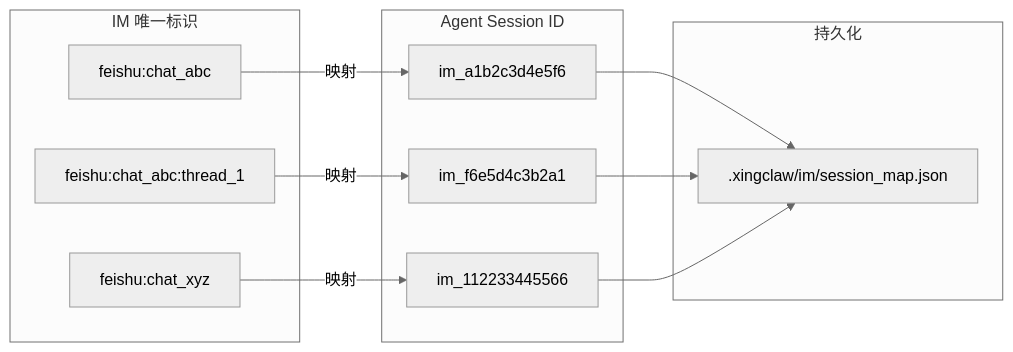
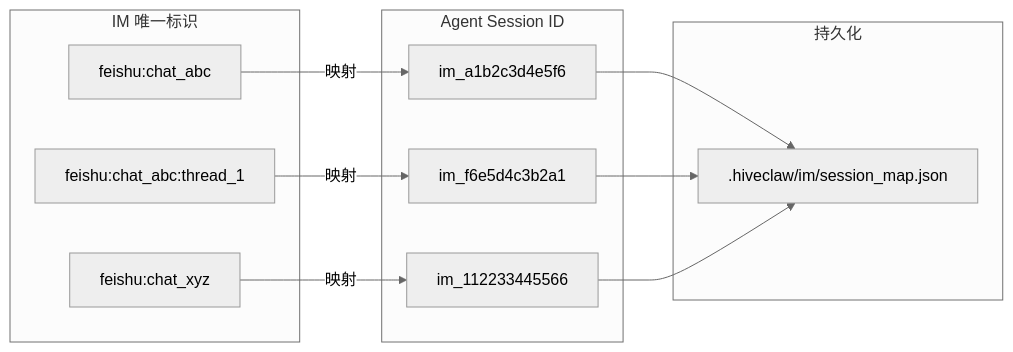
The first of 2 diagrams in docs/04_IM飞书桥接层/03_会话路由与记忆系统.md (huomingban/HiveClaw), drawn with Mermaid (neutral theme) before and after one commit. The commit also changed other lines of this file and 38 other files, not shown here.

````diff
--- a/docs/04_IM飞书桥接层/03_会话路由与记忆系统.md
+++ b/docs/04_IM飞书桥接层/03_会话路由与记忆系统.md
@@ -19,25 +19,25 @@
 ```mermaid
 flowchart LR
     subgraph imKey [IM 唯一标识]
         K1["feishu:chat_abc"]
         K2["feishu:chat_abc:thread_1"]
         K3["feishu:chat_xyz"]
     end
 
     subgraph sessionId [Agent Session ID]
         S1["im_a1b2c3d4e5f6"]
         S2["im_f6e5d4c3b2a1"]
         S3["im_112233445566"]
     end
 
     subgraph file [持久化]
-        F[".xingclaw/im/session_map.json"]
+        F[".hiveclaw/im/session_map.json"]
     end
 
     K1 -->|映射| S1
     K2 -->|映射| S2
     K3 -->|映射| S3
     S1 --> F
     S2 --> F
     S3 --> F
 ```
````
